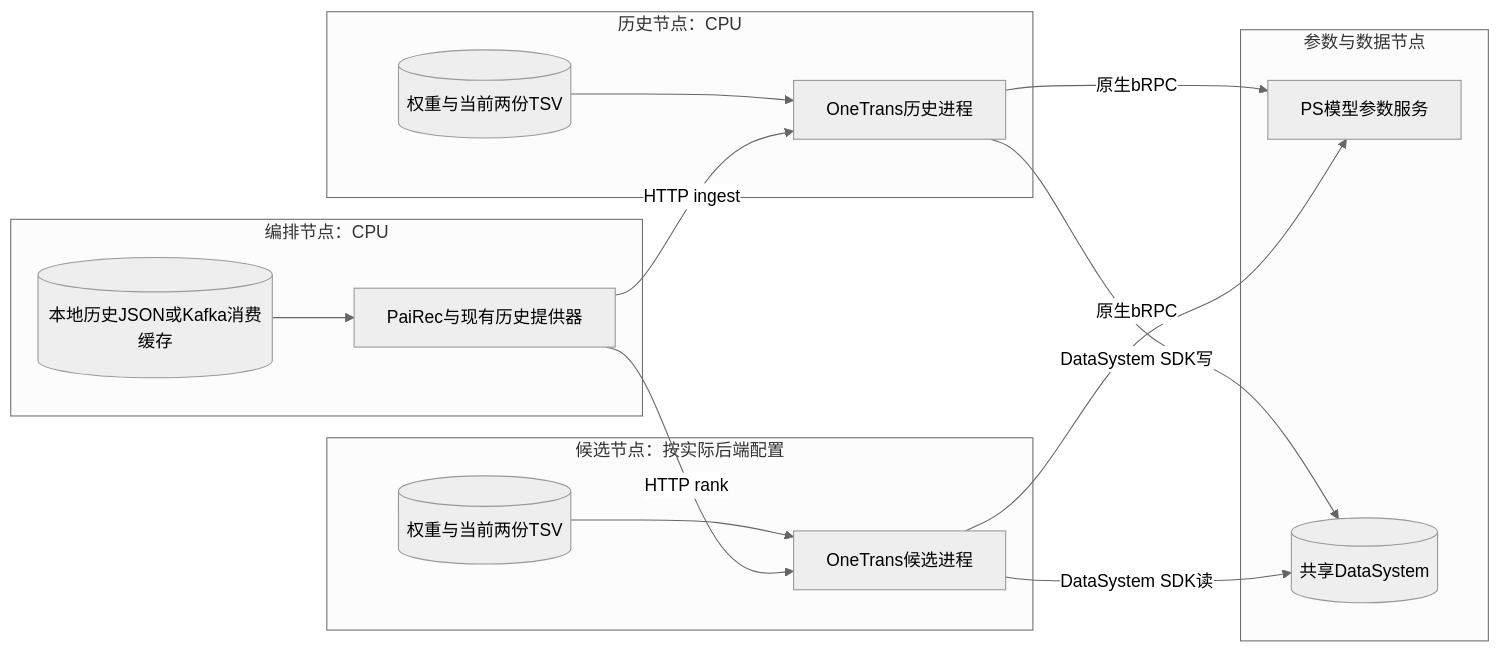
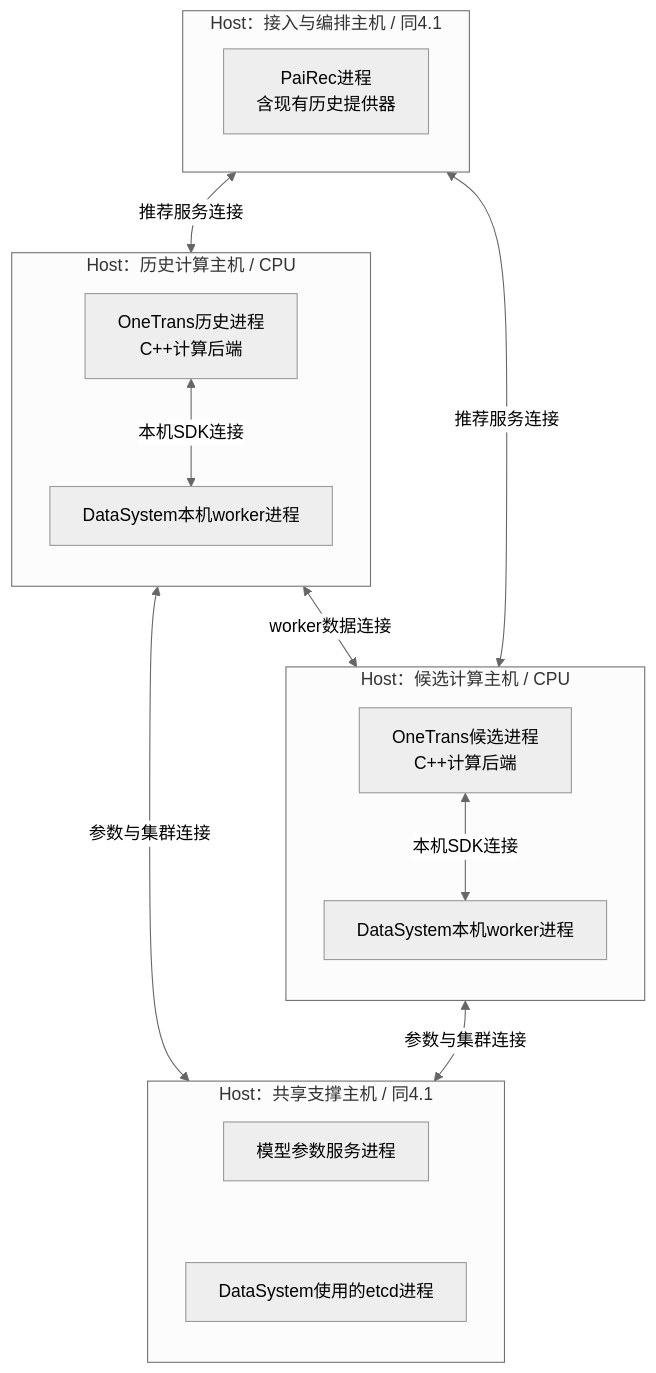
One commit to bitianyuan123/docs changed the seventh of 9 diagrams in 01_system.md. Above: the diagram before and after it, drawn with Mermaid (neutral theme). The commit also changed other lines of this file and 74 other files, not shown here.

````diff
--- a/01_system.md
+++ b/01_system.md
@@ -238,28 +248,29 @@
 ```mermaid
-flowchart LR
-    subgraph App[编排节点：CPU]
-        P[PaiRec与现有历史提供器]
-        J[(本地历史JSON或Kafka消费缓存)]
-        J --> P
+flowchart TB
+    subgraph AppHost[Host：接入与编排主机 / 同4.1]
+        P[PaiRec进程<br/>含现有历史提供器]
     end
-    subgraph Hist[历史节点：CPU]
-        H[OneTrans历史进程]
-        HF[(权重与当前两份TSV)]
-        HF --> H
+    subgraph HistoryHost[Host：历史计算主机 / CPU]
+        direction TB
+        H[OneTrans历史进程<br/>C++计算后端]
+        HW[DataSystem本机worker进程]
+        H <-->|本机SDK连接| HW
     end
-    subgraph Rank[候选节点：按实际后端配置]
-        D[OneTrans候选进程]
-        DF[(权重与当前两份TSV)]
-        DF --> D
+    subgraph RankHost[Host：候选计算主机 / CPU]
+        direction TB
+        D[OneTrans候选进程<br/>C++计算后端]
+        DW[DataSystem本机worker进程]
+        D <-->|本机SDK连接| DW
     end
-    subgraph State[参数与数据节点]
-        PS[PS模型参数服务]
-        K[(共享DataSystem)]
+    subgraph SharedHost[Host：共享支撑主机 / 同4.1]
+        direction TB
+        PS[模型参数服务进程]
+        E[DataSystem使用的etcd进程]
+        PS ~~~ E
     end
-    P -->|HTTP ingest| H
-    P -->|HTTP rank| D
-    H -->|原生bRPC| PS
-    D -->|原生bRPC| PS
-    H -->|DataSystem SDK写| K
-    D -->|DataSystem SDK读| K
+    AppHost <-->|推荐服务连接| HistoryHost
+    AppHost <-->|推荐服务连接| RankHost
+    HistoryHost <-->|参数与集群连接| SharedHost
+    RankHost <-->|参数与集群连接| SharedHost
+    HistoryHost <-->|worker数据连接| RankHost
 ```
````
